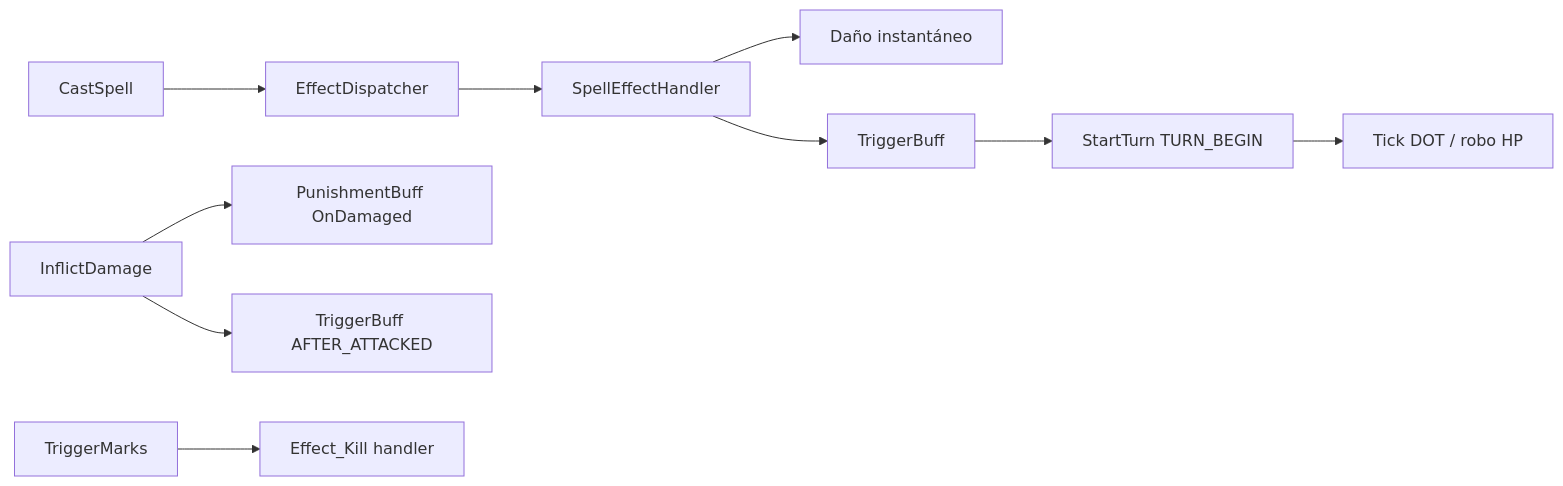
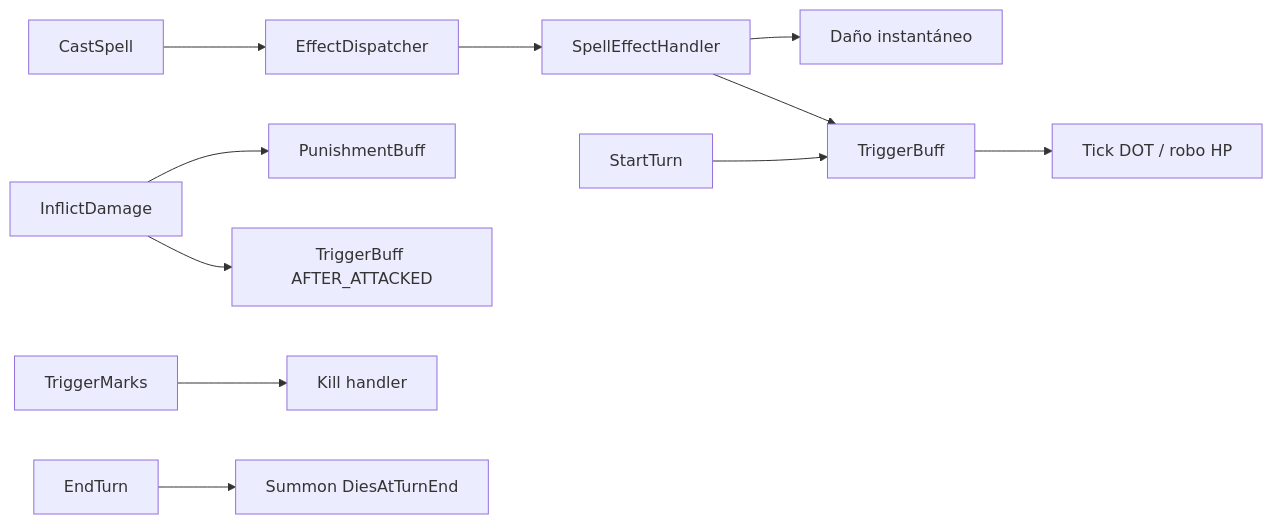
One commit to dagemov/DofusLegacy2.3.7 changed the diagram in docs/effects-engine-fix-phase3/architecture-changes.md. Above: the diagram before and after it, drawn with Mermaid. The commit also changed other lines of this file and 4 other files, not shown here.

First line of the commit message:
docs(effects): cerrar Fase 3 root-cause architecture validation

````diff
--- a/docs/effects-engine-fix-phase3/architecture-changes.md
+++ b/docs/effects-engine-fix-phase3/architecture-changes.md
@@ -7,12 +5,13 @@
 ```mermaid
 flowchart LR
   cast[CastSpell] --> dispatch[EffectDispatcher]
   dispatch --> handler[SpellEffectHandler]
   handler --> instant[Daño instantáneo]
-  handler --> trigger[TriggerBuff]
-  trigger --> turn[StartTurn TURN_BEGIN]
-  turn --> dot[Tick DOT / robo HP]
-  damage[InflictDamage] --> punish[PunishmentBuff OnDamaged]
-  damage --> after[TriggerBuff AFTER_ATTACKED]
-  marks[TriggerMarks] --> kill[Effect_Kill handler]
+  handler --> tb[TriggerBuff]
+  start[StartTurn] --> tb
+  tb --> dot[Tick DOT / robo HP]
+  dmg[InflictDamage] --> punish[PunishmentBuff]
+  dmg --> after[TriggerBuff AFTER_ATTACKED]
+  marks[TriggerMarks] --> kill[Kill handler]
+  endTurn[EndTurn] --> suicide[Summon DiesAtTurnEnd]
 ```
````
